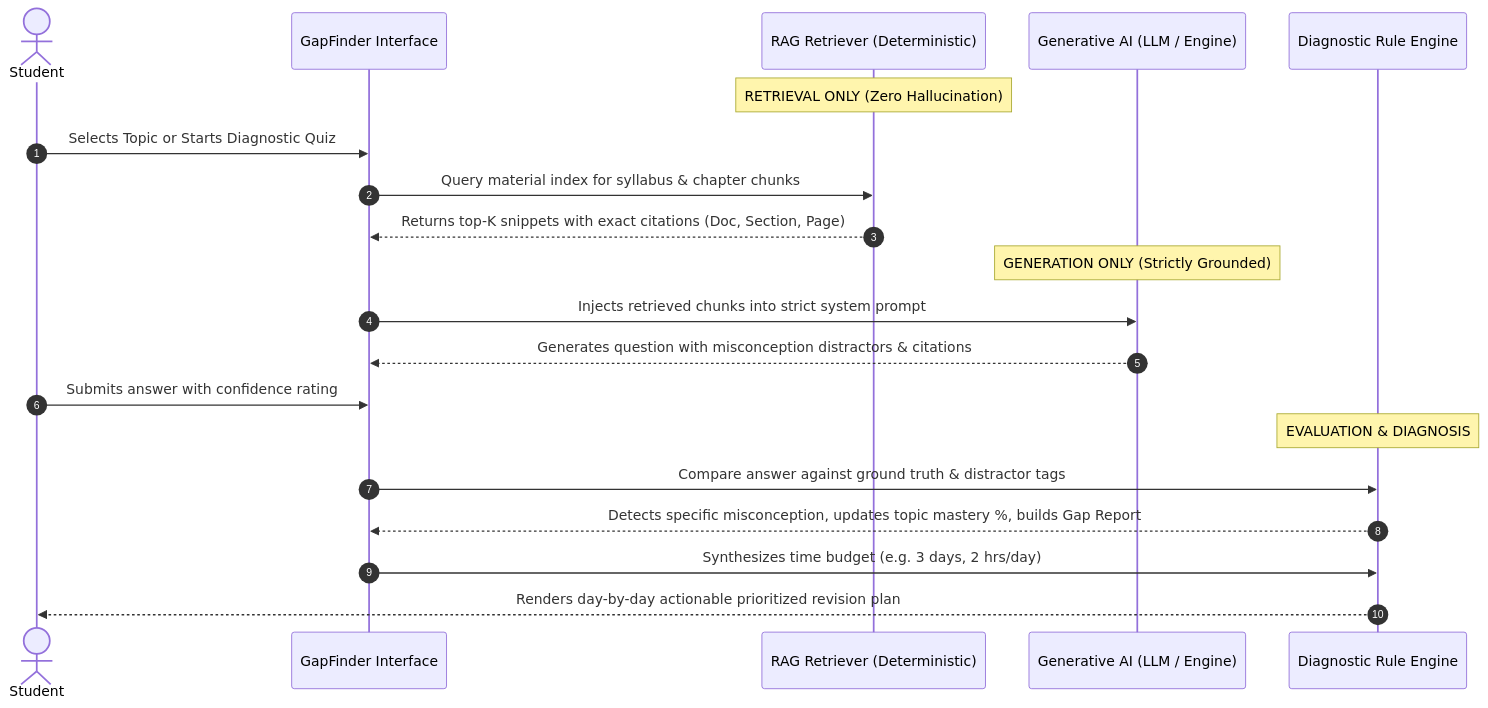
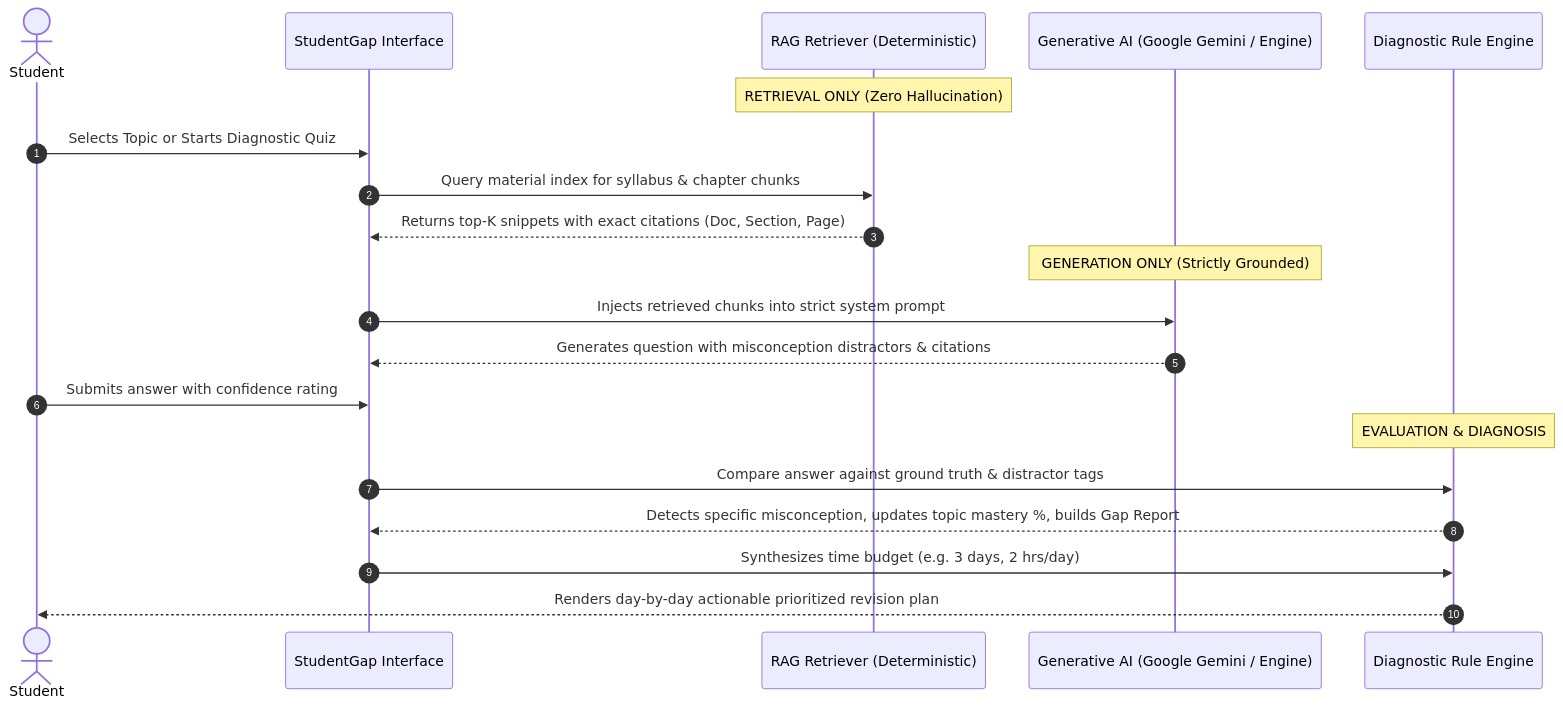
One commit to abhilash-210/StudentGap-AI changed the second of 2 diagrams in README.md. Above: the diagram before and after it, drawn with Mermaid. The commit also changed other lines of this file, not shown here.

Commit message:
docs: update comprehensive README with architecture, database setup, and StudentGap AI specifications

````diff
--- a/README.md
+++ b/README.md
@@ -70,26 +78,26 @@
 ```mermaid
 sequenceDiagram
     autonumber
     actor Student
-    participant UI as GapFinder Interface
+    participant UI as StudentGap Interface
     participant RAG as RAG Retriever (Deterministic)
-    participant LLM as Generative AI (LLM / Engine)
+    participant LLM as Generative AI (Google Gemini / Engine)
     participant Evaluator as Diagnostic Rule Engine
 
     Note over RAG: RETRIEVAL ONLY (Zero Hallucination)
     Student->>UI: Selects Topic or Starts Diagnostic Quiz
     UI->>RAG: Query material index for syllabus & chapter chunks
     RAG-->>UI: Returns top-K snippets with exact citations (Doc, Section, Page)
 
     Note over LLM: GENERATION ONLY (Strictly Grounded)
     UI->>LLM: Injects retrieved chunks into strict system prompt
     LLM-->>UI: Generates question with misconception distractors & citations
 
     Student->>UI: Submits answer with confidence rating
     Note over Evaluator: EVALUATION & DIAGNOSIS
     UI->>Evaluator: Compare answer against ground truth & distractor tags
     Evaluator-->>UI: Detects specific misconception, updates topic mastery %, builds Gap Report
 
     UI->>Evaluator: Synthesizes time budget (e.g. 3 days, 2 hrs/day)
     Evaluator-->>Student: Renders day-by-day actionable prioritized revision plan
 ```
````
